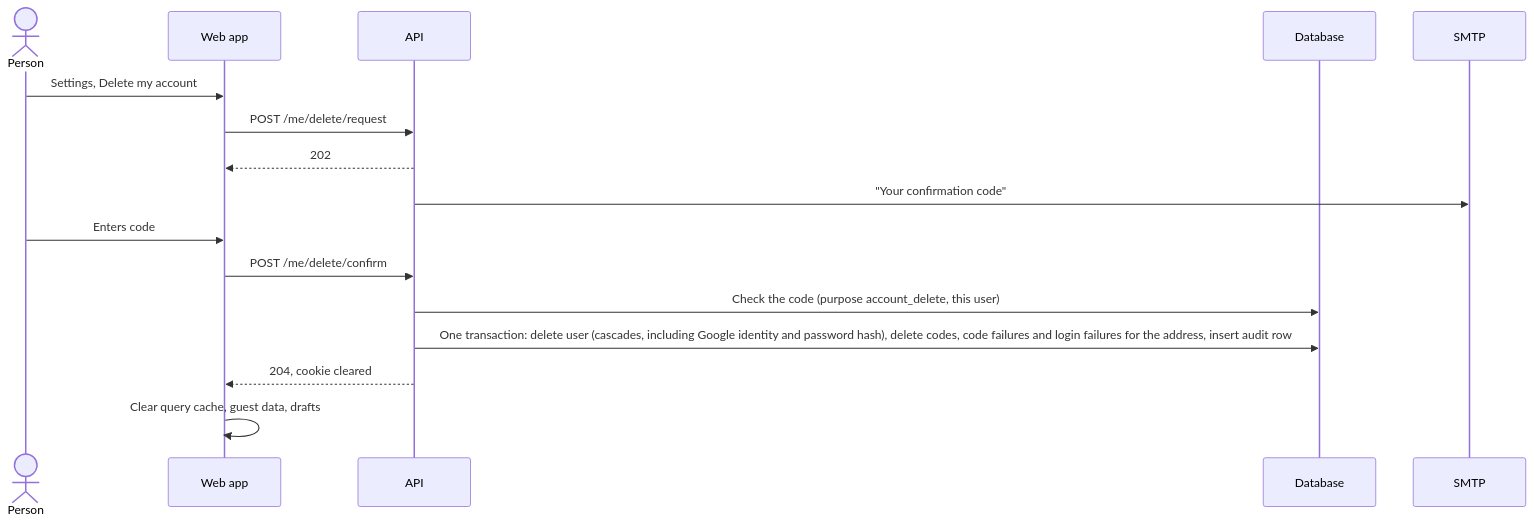
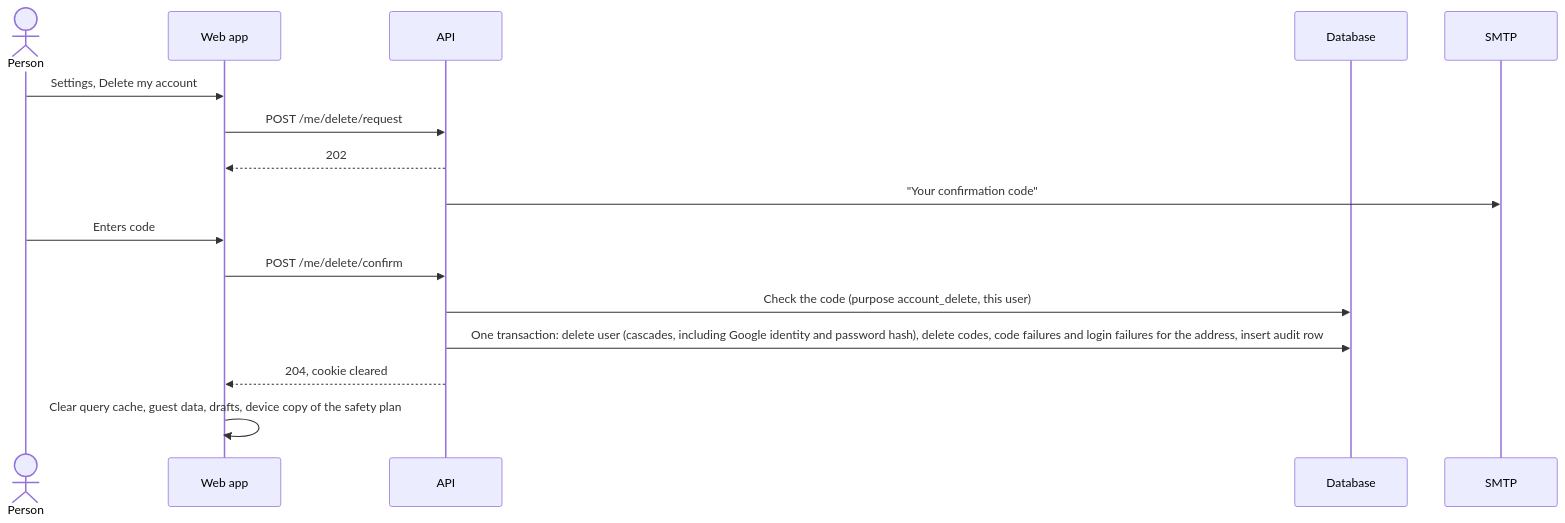
Before and after one commit to gypk555/anxiety: the fourth of 4 diagrams in docs/ARCHITECTURE.md, drawn with Mermaid. The commit also changed other lines of this file and 101 other files, not shown here.

First line of the commit message:
feat(tracking): add daily mood log and safety plan tracking features

````diff
--- a/docs/ARCHITECTURE.md
+++ b/docs/ARCHITECTURE.md
@@ -129,19 +131,19 @@
 ```mermaid
 sequenceDiagram
   actor P as Person
   participant W as Web app
   participant A as API
   participant D as Database
   participant M as SMTP
 
   P->>W: Settings, Delete my account
   W->>A: POST /me/delete/request
   A-->>W: 202
   A->>M: "Your confirmation code"
   P->>W: Enters code
   W->>A: POST /me/delete/confirm
   A->>D: Check the code (purpose account_delete, this user)
   A->>D: One transaction: delete user (cascades, including Google identity and password hash), delete codes, code failures and login failures for the address, insert audit row
   A-->>W: 204, cookie cleared
-  W->>W: Clear query cache, guest data, drafts
+  W->>W: Clear query cache, guest data, drafts, device copy of the safety plan
 ```
````
